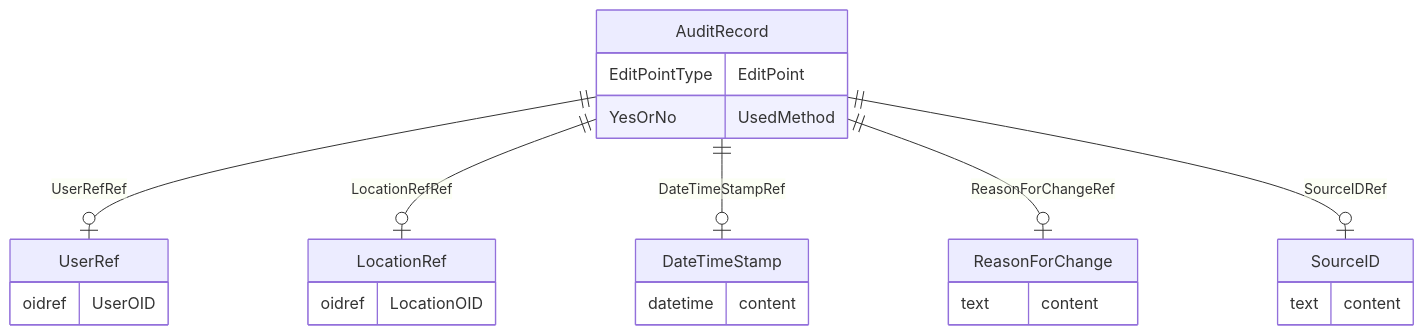
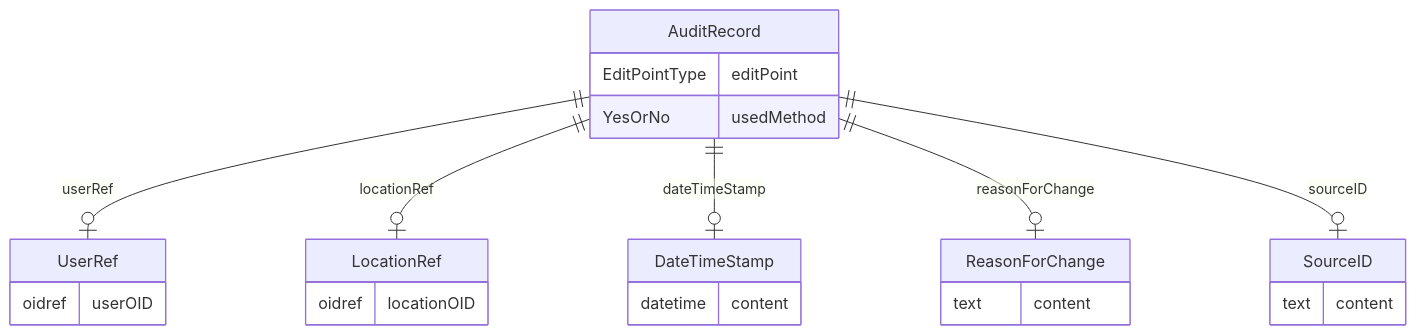
Before and after one commit to cdisc-org/DataExchange-ODM-LinkML: the diagram in docs/AuditRecord.md, drawn with Mermaid. The commit also changed other lines of this file and 759 other files, not shown here.

````diff
--- a/docs/AuditRecord.md
+++ b/docs/AuditRecord.md
@@ -11,29 +11,29 @@
 ```mermaid
 erDiagram
 AuditRecord {
-    EditPointType EditPoint  
-    YesOrNo UsedMethod  
+    EditPointType editPoint  
+    YesOrNo usedMethod  
 }
 SourceID {
     text content  
 }
 ReasonForChange {
     text content  
 }
 DateTimeStamp {
     datetime content  
 }
 LocationRef {
-    oidref LocationOID  
+    oidref locationOID  
 }
 UserRef {
-    oidref UserOID  
+    oidref userOID  
 }
 
-AuditRecord ||--|o UserRef : "UserRefRef"
-AuditRecord ||--|o LocationRef : "LocationRefRef"
-AuditRecord ||--|o DateTimeStamp : "DateTimeStampRef"
-AuditRecord ||--|o ReasonForChange : "ReasonForChangeRef"
-AuditRecord ||--|o SourceID : "SourceIDRef"
+AuditRecord ||--|o UserRef : "userRef"
+AuditRecord ||--|o LocationRef : "locationRef"
+AuditRecord ||--|o DateTimeStamp : "dateTimeStamp"
+AuditRecord ||--|o ReasonForChange : "reasonForChange"
+AuditRecord ||--|o SourceID : "sourceID"
 
 ```
````
